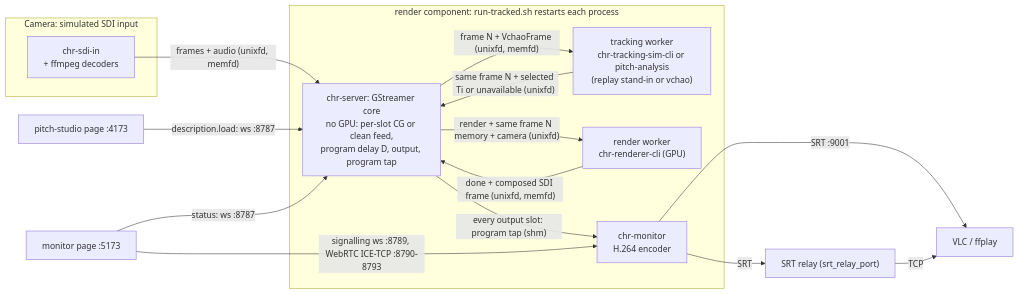
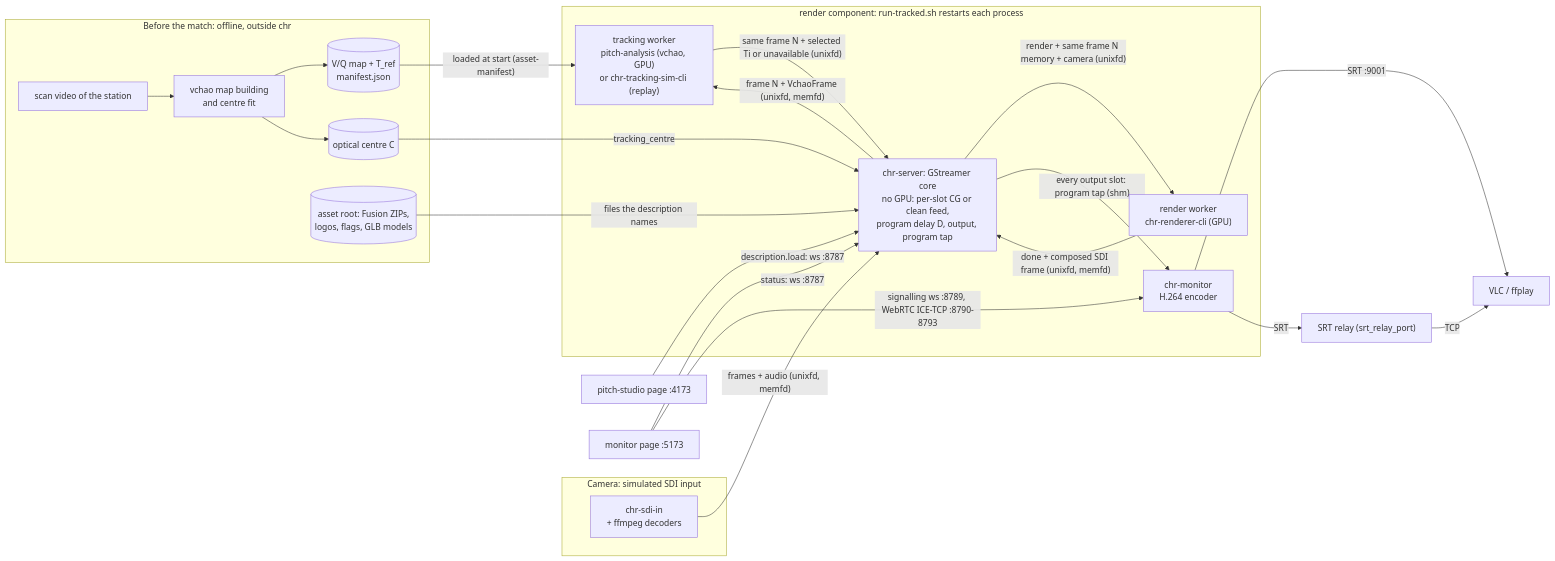
The diagram in README.md (xiaoyxue/chr), drawn with Mermaid before and after one commit. The commit also changed other lines of this file and 4 other files, not shown here.

First line of the commit message:
docs: architecture diagrams show the GStreamer core's five processes and vchao's offline map

````diff
--- a/README.md
+++ b/README.md
@@ -27,29 +27,42 @@
 ```mermaid
 flowchart LR
+  subgraph offline["Before the match: offline, outside chr"]
+    scan["scan video of the station"]
+    build["vchao map building<br/>and centre fit"]
+    map[("V/Q map + T_ref<br/>manifest.json")]
+    centre[("optical centre C")]
+    assets[("asset root: Fusion ZIPs,<br/>logos, flags, GLB models")]
+  end
   subgraph camera["Camera: simulated SDI input"]
     sim["chr-sdi-in<br/>+ ffmpeg decoders"]
   end
   subgraph render["render component: run-tracked.sh restarts each process"]
     server["chr-server: GStreamer core<br/>no GPU: per-slot CG or clean feed,<br/>program delay D, output, program tap"]
-    tracker["tracking worker<br/>chr-tracking-sim-cli or pitch-analysis<br/>(replay stand-in or vchao)"]
+    tracker["tracking worker<br/>pitch-analysis (vchao, GPU)<br/>or chr-tracking-sim-cli (replay)"]
     renderer["render worker<br/>chr-renderer-cli (GPU)"]
     monitor["chr-monitor<br/>H.264 encoder"]
   end
   studio["pitch-studio page :4173"]
   page["monitor page :5173"]
   relay["SRT relay (srt_relay_port)"]
   player["VLC / ffplay"]
 
+  scan --> build
+  build --> map
+  build --> centre
+  map -- "loaded at start (asset-manifest)" --> tracker
+  centre -- "tracking_centre" --> server
+  assets -- "files the description names" --> server
   sim -- "frames + audio (unixfd, memfd)" --> server
   server -- "frame N + VchaoFrame (unixfd, memfd)" --> tracker
   tracker -- "same frame N + selected Ti or unavailable (unixfd)" --> server
   server -- "render + same frame N memory + camera (unixfd)" --> renderer
   renderer -- "done + composed SDI frame (unixfd, memfd)" --> server
   server -- "every output slot: program tap (shm)" --> monitor
   studio -- "description.load: ws :8787" --> server
   page -- "status: ws :8787" --> server
   page -- "signalling ws :8789, WebRTC ICE-TCP :8790-8793" --> monitor
   monitor -- "SRT :9001" --> player
   monitor -- "SRT" --> relay
   relay -- "TCP" --> player
 ```
````
